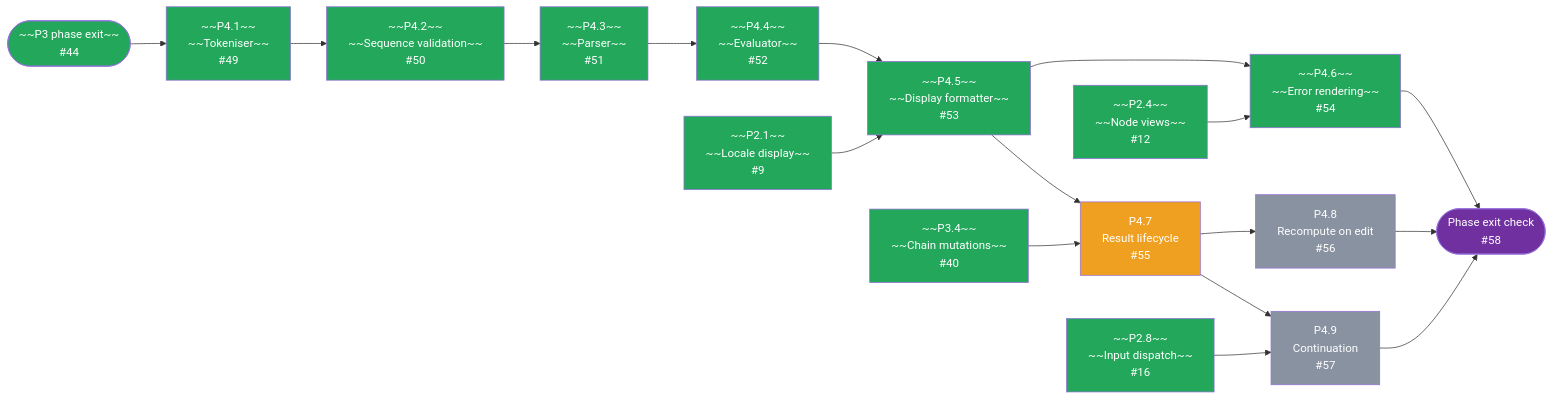
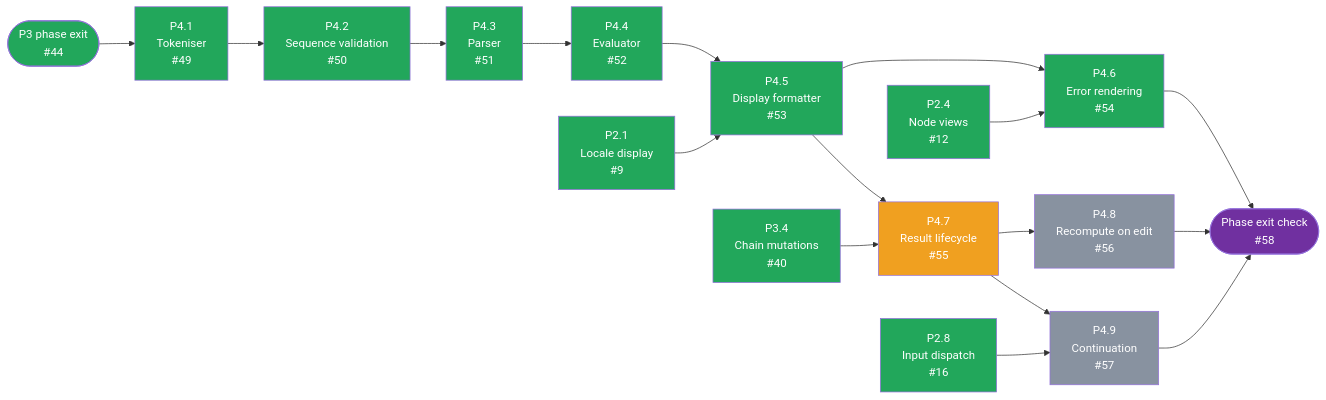
The third of 3 diagrams in docs/DEVELOPMENT_PLAN.md (tousifosman/CalcMind), drawn with Mermaid before and after one commit. The commit also changed other lines of this file and 3 other files, not shown here.

First line of the commit message:
docs: revert done-task strikethrough in headings and mermaid diagrams

````diff
--- a/docs/DEVELOPMENT_PLAN.md
+++ b/docs/DEVELOPMENT_PLAN.md
@@ -503,51 +501,51 @@
 ```mermaid
 flowchart LR
-    P3EXIT(["~~P3 phase exit~~<br/>#44"])
-    P21["~~P2.1~~<br/>~~Locale display~~<br/>#9"]
-    P24["~~P2.4~~<br/>~~Node views~~<br/>#12"]
-    P28["~~P2.8~~<br/>~~Input dispatch~~<br/>#16"]
-    P34["~~P3.4~~<br/>~~Chain mutations~~<br/>#40"]
-    P41["~~P4.1~~<br/>~~Tokeniser~~<br/>#49"]
-    P42["~~P4.2~~<br/>~~Sequence validation~~<br/>#50"]
-    P43["~~P4.3~~<br/>~~Parser~~<br/>#51"]
-    P44["~~P4.4~~<br/>~~Evaluator~~<br/>#52"]
-    P45["~~P4.5~~<br/>~~Display formatter~~<br/>#53"]
-    P46["~~P4.6~~<br/>~~Error rendering~~<br/>#54"]
+    P3EXIT(["P3 phase exit<br/>#44"])
+    P21["P2.1<br/>Locale display<br/>#9"]
+    P24["P2.4<br/>Node views<br/>#12"]
+    P28["P2.8<br/>Input dispatch<br/>#16"]
+    P34["P3.4<br/>Chain mutations<br/>#40"]
+    P41["P4.1<br/>Tokeniser<br/>#49"]
+    P42["P4.2<br/>Sequence validation<br/>#50"]
+    P43["P4.3<br/>Parser<br/>#51"]
+    P44["P4.4<br/>Evaluator<br/>#52"]
+    P45["P4.5<br/>Display formatter<br/>#53"]
+    P46["P4.6<br/>Error rendering<br/>#54"]
     P47["P4.7<br/>Result lifecycle<br/>#55"]
     P48["P4.8<br/>Recompute on edit<br/>#56"]
     P49["P4.9<br/>Continuation<br/>#57"]
     EXIT(["Phase exit check<br/>#58"])
 
     P3EXIT --> P41
     P41 --> P42
     P42 --> P43
     P43 --> P44
     P44 --> P45
     P21 --> P45
     P45 --> P46
     P24 --> P46
     P45 --> P47
     P34 --> P47
     P47 --> P48
     P47 --> P49
     P28 --> P49
     P46 --> EXIT
     P48 --> EXIT
     P49 --> EXIT
 
     style P3EXIT fill:#22A75B,color:#fff
     style P21 fill:#22A75B,color:#fff
     style P24 fill:#22A75B,color:#fff
     style P28 fill:#22A75B,color:#fff
     style P34 fill:#22A75B,color:#fff
     style P41 fill:#22A75B,color:#fff
     style P42 fill:#22A75B,color:#fff
     style P43 fill:#22A75B,color:#fff
     style P44 fill:#22A75B,color:#fff
     style P45 fill:#22A75B,color:#fff
     style P46 fill:#22A75B,color:#fff
     style P47 fill:#F0A020,color:#fff
     style P48 fill:#8892A0,color:#fff
     style P49 fill:#8892A0,color:#fff
     style EXIT fill:#7030A0,color:#fff
 ```
````
